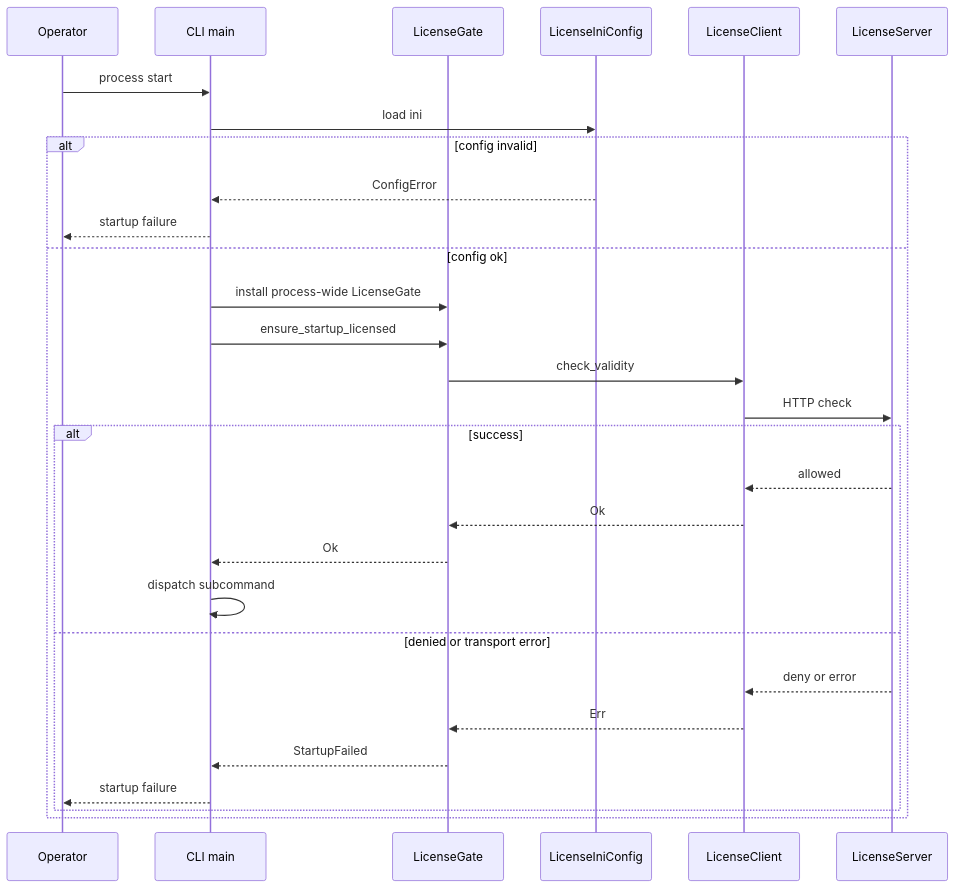
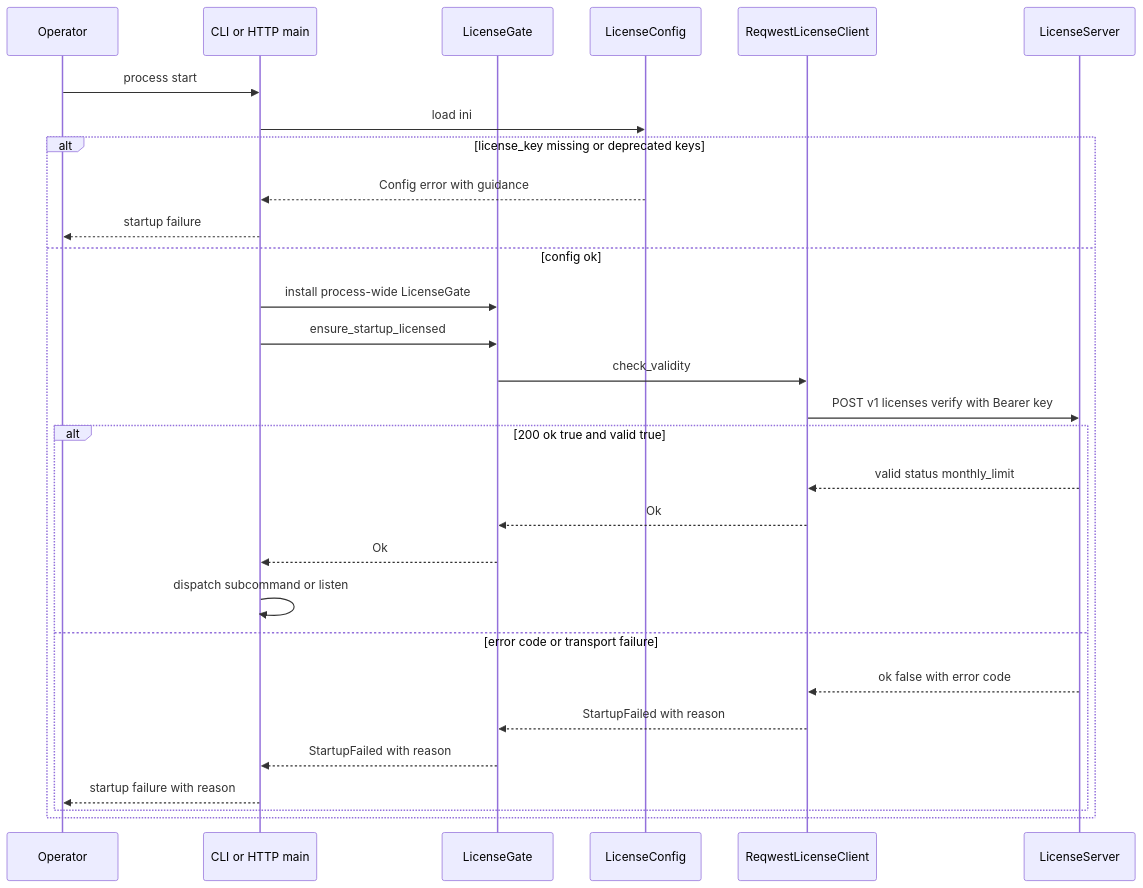
The second of 3 diagrams in .kiro/specs/license-client/design.md (Universal-Micro-Networks/holter-analysis-assist), drawn with Mermaid before and after one commit. The commit also changed other lines of this file and 4 other files, not shown here.

Commit message:
docs(license-client): revise spec for finalized license server contract

````diff
--- a/.kiro/specs/license-client/design.md
+++ b/.kiro/specs/license-client/design.md
@@ -151,32 +173,32 @@
 ```mermaid
 sequenceDiagram
     participant Op as Operator
-    participant Main as CLI main
+    participant Main as CLI or HTTP main
     participant Gate as LicenseGate
-    participant Cfg as LicenseIniConfig
-    participant Cli as LicenseClient
+    participant Cfg as LicenseConfig
+    participant Cli as ReqwestLicenseClient
     participant Srv as LicenseServer
 
     Op->>Main: process start
     Main->>Cfg: load ini
-    alt config invalid
-        Cfg-->>Main: ConfigError
+    alt license_key missing or deprecated keys
+        Cfg-->>Main: Config error with guidance
         Main-->>Op: startup failure
     else config ok
         Main->>Gate: install process-wide LicenseGate
         Main->>Gate: ensure_startup_licensed
         Gate->>Cli: check_validity
-        Cli->>Srv: HTTP check
-        alt success
-            Srv-->>Cli: allowed
+        Cli->>Srv: POST v1 licenses verify with Bearer key
+        alt 200 ok true and valid true
+            Srv-->>Cli: valid status monthly_limit
             Cli-->>Gate: Ok
             Gate-->>Main: Ok
-            Main->>Main: dispatch subcommand
-        else denied or transport error
-            Srv-->>Cli: deny or error
-            Cli-->>Gate: Err
-            Gate-->>Main: StartupFailed
-            Main-->>Op: startup failure
+            Main->>Main: dispatch subcommand or listen
+        else error code or transport failure
+            Srv-->>Cli: ok false with error code
+            Cli-->>Gate: StartupFailed with reason
+            Gate-->>Main: StartupFailed with reason
+            Main-->>Op: startup failure with reason
         end
     end
 ```
````
